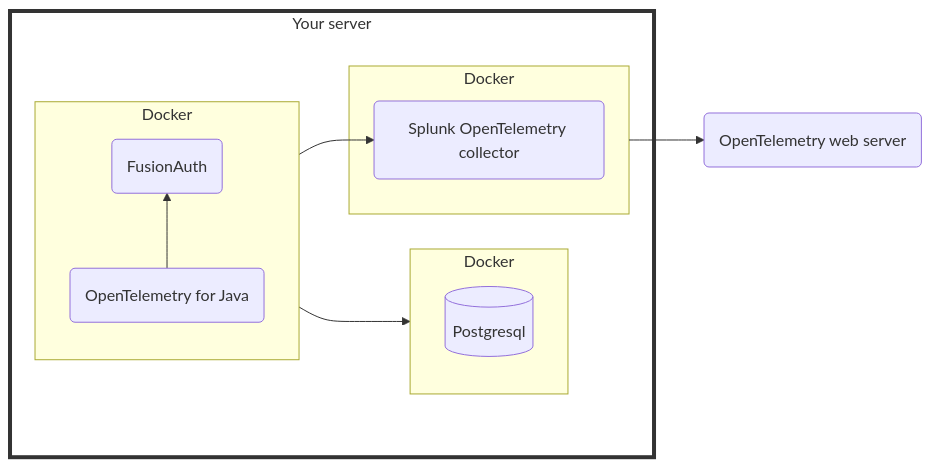
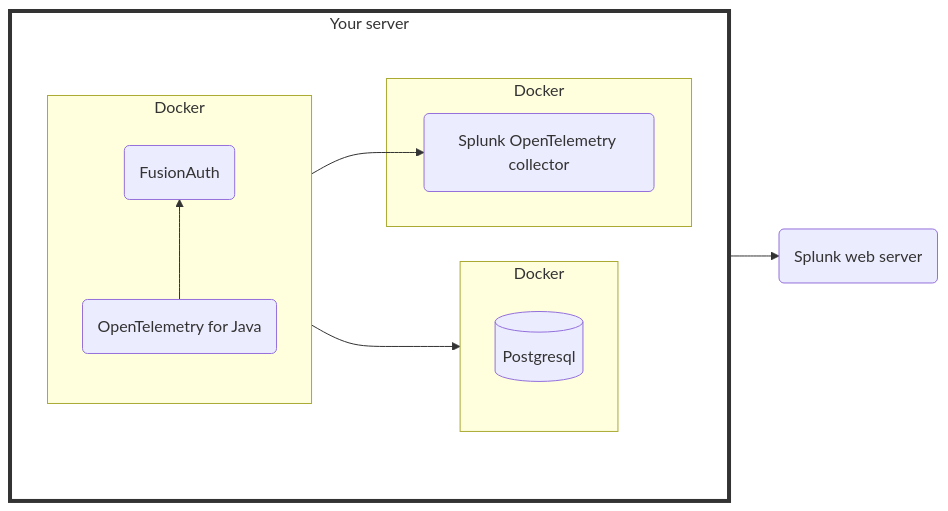
The second of 3 diagrams in astro/src/content/docs/operate/secure-and-monitor/splunk.mdx (FusionAuth/fusionauth-site), drawn with Mermaid before and after one commit. The commit also changed other lines of this file, not shown here.

Commit message:
explain diagram

````diff
--- a/astro/src/content/docs/operate/secure-and-monitor/splunk.mdx
+++ b/astro/src/content/docs/operate/secure-and-monitor/splunk.mdx
@@ -184,19 +204,20 @@
 ```mermaid
 graph LR
   subgraph I[Your server]
+    direction LR
     subgraph G[Docker]
       H[(Postgresql)]
     end
     subgraph C[Docker]
       direction BT
       D(OpenTelemetry for Java) --> A(FusionAuth)
     end
     subgraph E[Docker]
       B(Splunk OpenTelemetry collector)
     end
   end
   C --> G
   C --> B
-  E --> F(OpenTelemetry web server)
+  E --> F(Splunk web server)
   style I fill:#0000,stroke:#333,stroke-width:4px
 ```
````
